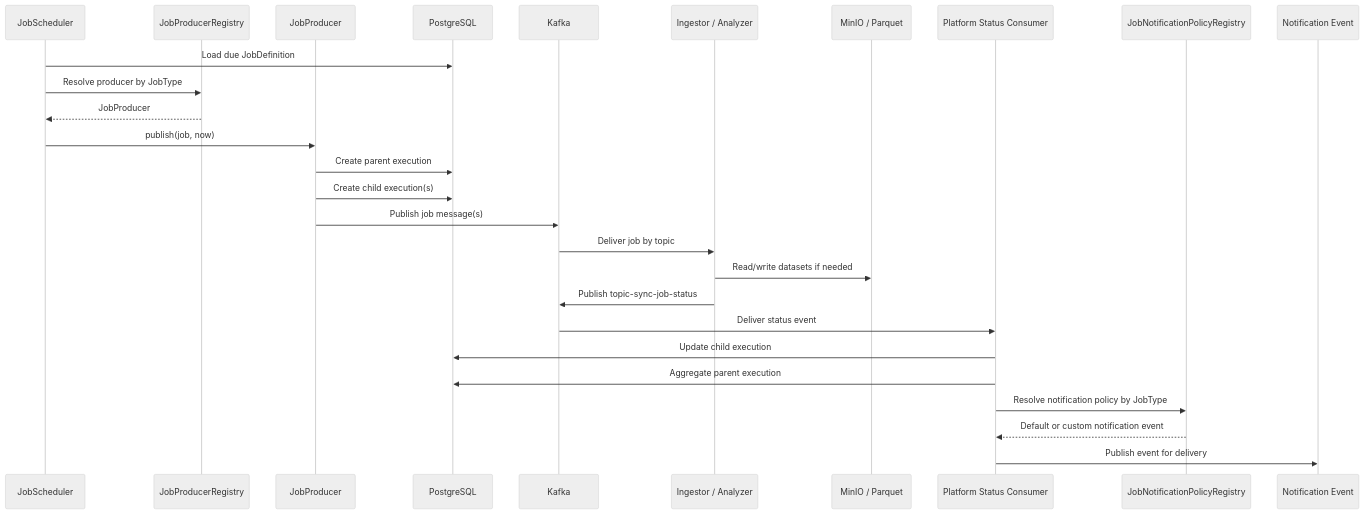
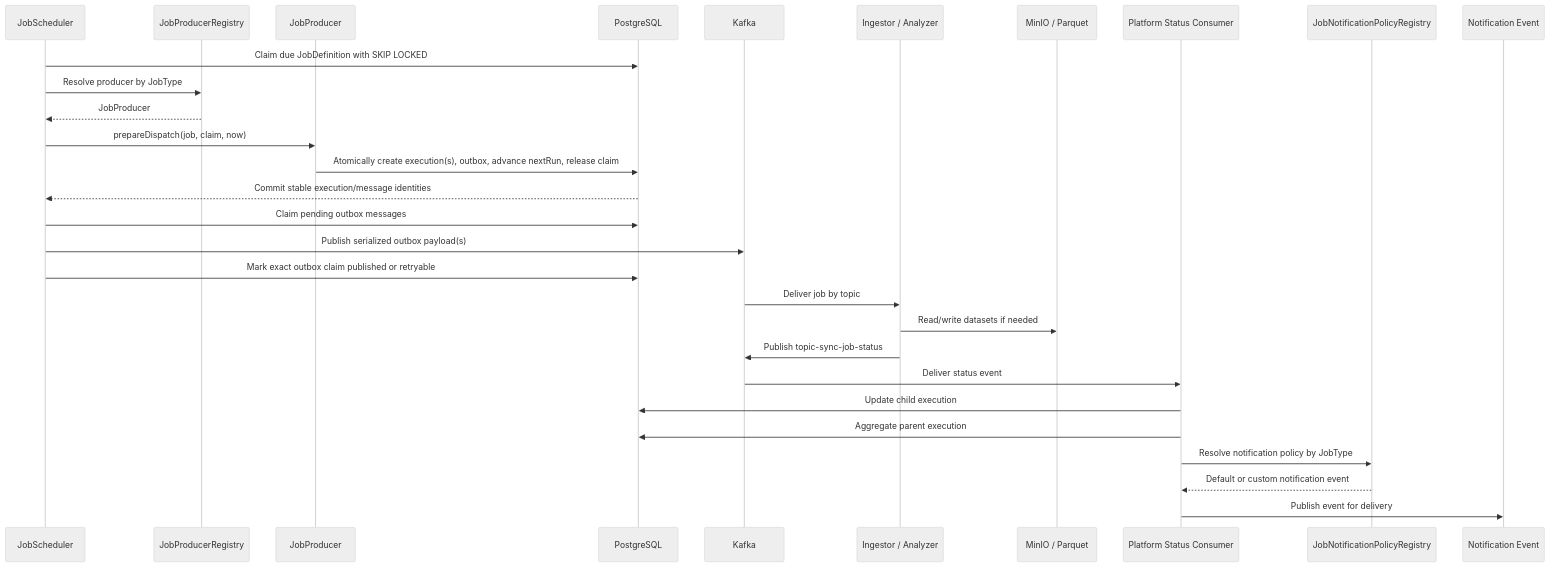
The first of 4 diagrams in docs/flows/job-execution.md (tanlocit9/omni), drawn with Mermaid (neutral theme) before and after one commit. The commit also changed other lines of this file and 25 other files, not shown here.

First line of the commit message:
Integrate scheduler claims with transactional outbox

````diff
--- a/docs/flows/job-execution.md
+++ b/docs/flows/job-execution.md
@@ -7,30 +7,32 @@
 ```mermaid
 sequenceDiagram
   participant Scheduler as JobScheduler
   participant ProducerRegistry as JobProducerRegistry
   participant Producer as JobProducer
   participant DB as PostgreSQL
   participant Kafka as Kafka
   participant Worker as Ingestor / Analyzer
   participant Storage as MinIO / Parquet
   participant Status as Platform Status Consumer
   participant PolicyRegistry as JobNotificationPolicyRegistry
   participant Notification as Notification Event
 
-  Scheduler->>DB: Load due JobDefinition
+  Scheduler->>DB: Claim due JobDefinition with SKIP LOCKED
   Scheduler->>ProducerRegistry: Resolve producer by JobType
   ProducerRegistry-->>Scheduler: JobProducer
-  Scheduler->>Producer: publish(job, now)
-  Producer->>DB: Create parent execution
-  Producer->>DB: Create child execution(s)
-  Producer->>Kafka: Publish job message(s)
+  Scheduler->>Producer: prepareDispatch(job, claim, now)
+  Producer->>DB: Atomically create execution(s), outbox, advance nextRun, release claim
+  DB-->>Scheduler: Commit stable execution/message identities
+  Scheduler->>DB: Claim pending outbox messages
+  Scheduler->>Kafka: Publish serialized outbox payload(s)
+  Scheduler->>DB: Mark exact outbox claim published or retryable
   Kafka->>Worker: Deliver job by topic
   Worker->>Storage: Read/write datasets if needed
   Worker->>Kafka: Publish topic-sync-job-status
   Kafka->>Status: Deliver status event
   Status->>DB: Update child execution
   Status->>DB: Aggregate parent execution
   Status->>PolicyRegistry: Resolve notification policy by JobType
   PolicyRegistry-->>Status: Default or custom notification event
   Status->>Notification: Publish event for delivery
 ```
````
